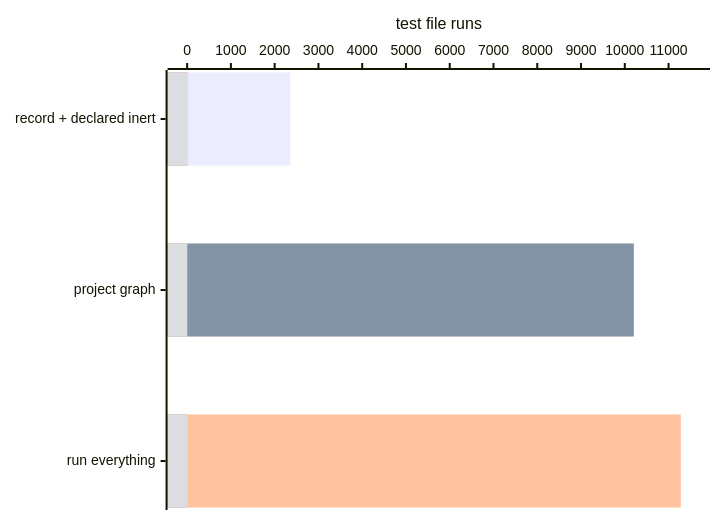
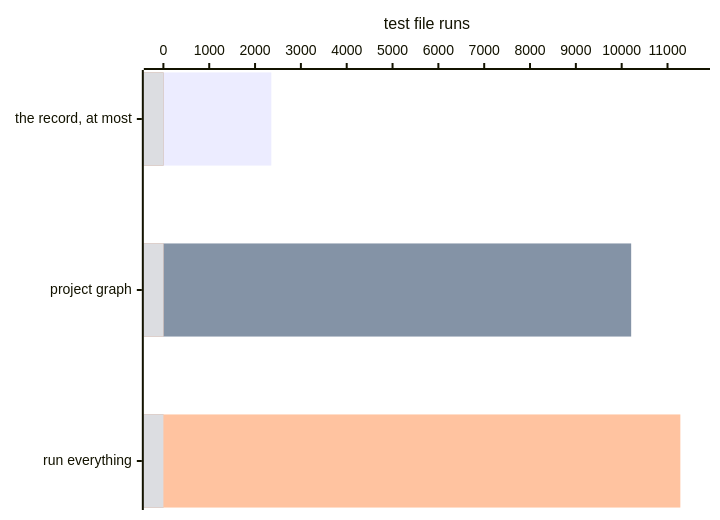
Before and after one commit to Variance-Authority/variance-authority: the second of 2 diagrams in docs/selection-tanstack-query.md, drawn with Mermaid. The commit also changed other lines of this file and 85 other files, not shown here.

````diff
--- a/docs/selection-tanstack-query.md
+++ b/docs/selection-tanstack-query.md
@@ -107,10 +107,10 @@
 ```mermaid
 xychart-beta horizontal
   accTitle: Test file runs selected over sixty TanStack Query commits
-  x-axis ["record + declared inert", "project graph", "run everything"]
+  x-axis ["the record, at most", "project graph", "run everything"]
   y-axis "test file runs" 0 --> 11500
   bar [2355, 0, 0]
   bar [0, 10207, 0]
   bar [0, 0, 11280]
   bar [0, 0, 0]
 ```
````
